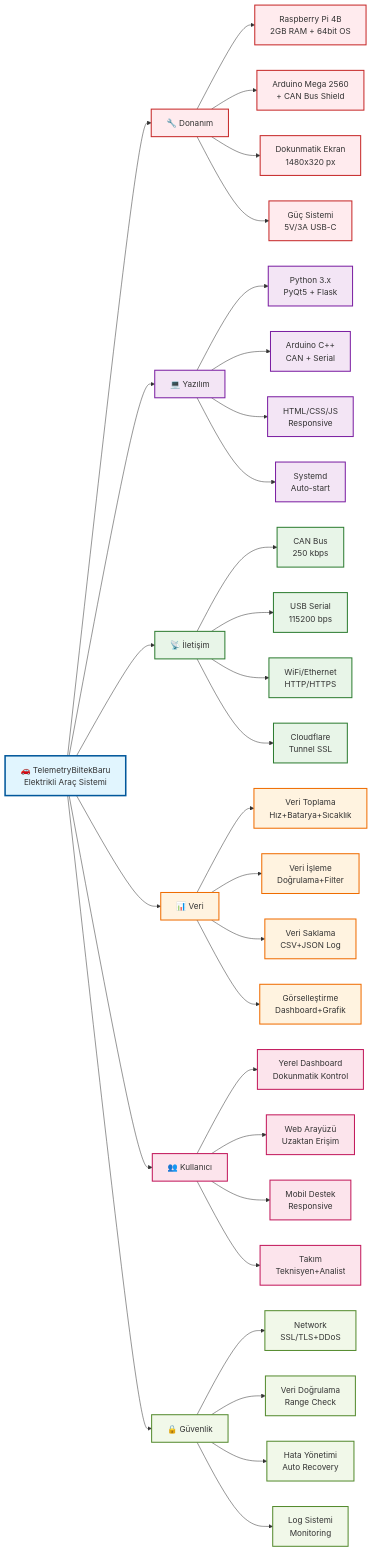
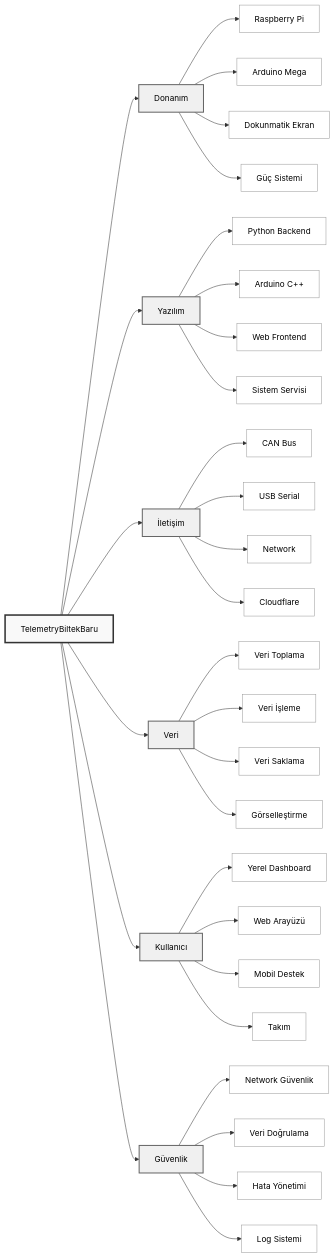
One commit to efekannn5/TelemetryBiltekBaru changed the second of 2 diagrams in README.md. Above: the diagram before and after it, drawn with Mermaid.

````diff
--- a/README.md
+++ b/README.md
@@ -101,57 +101,49 @@
 ```mermaid
 graph LR
-    TELEM[🚗 TelemetryBiltekBaru<br/>Elektrikli Araç Sistemi]
+    TELEM[TelemetryBiltekBaru]
     
-    TELEM --> HARD[🔧 Donanım]
-    TELEM --> SOFT[💻 Yazılım] 
-    TELEM --> COMM[📡 İletişim]
-    TELEM --> DATA[📊 Veri]
-    TELEM --> USER[👥 Kullanıcı]
-    TELEM --> SEC[🔒 Güvenlik]
+    TELEM --> HARD[Donanım]
+    TELEM --> SOFT[Yazılım] 
+    TELEM --> COMM[İletişim]
+    TELEM --> DATA[Veri]
+    TELEM --> USER[Kullanıcı]
+    TELEM --> SEC[Güvenlik]
     
-    HARD --> RPI[Raspberry Pi 4B<br/>2GB RAM + 64bit OS]
-    HARD --> ARD[Arduino Mega 2560<br/>+ CAN Bus Shield]
-    HARD --> SCR[Dokunmatik Ekran<br/>1480x320 px]
-    HARD --> PWR[Güç Sistemi<br/>5V/3A USB-C]
+    HARD --> RPI[Raspberry Pi]
+    HARD --> ARD[Arduino Mega]
+    HARD --> SCR[Dokunmatik Ekran]
+    HARD --> PWR[Güç Sistemi]
     
-    SOFT --> PY[Python 3.x<br/>PyQt5 + Flask]
-    SOFT --> CPP[Arduino C++<br/>CAN + Serial]
-    SOFT --> WEB[HTML/CSS/JS<br/>Responsive]
-    SOFT --> SYS[Systemd<br/>Auto-start]
+    SOFT --> PY[Python Backend]
+    SOFT --> CPP[Arduino C++]
+    SOFT --> WEB[Web Frontend]
+    SOFT --> SYS[Sistem Servisi]
     
-    COMM --> CAN[CAN Bus<br/>250 kbps]
-    COMM --> SER[USB Serial<br/>115200 bps]
-    COMM --> NET[WiFi/Ethernet<br/>HTTP/HTTPS]
-    COMM --> CF[Cloudflare<br/>Tunnel SSL]
+    COMM --> CAN[CAN Bus]
+    COMM --> SER[USB Serial]
+    COMM --> NET[Network]
+    COMM --> CF[Cloudflare]
     
-    DATA --> COL[Veri Toplama<br/>Hız+Batarya+Sıcaklık]
-    DATA --> PRO[Veri İşleme<br/>Doğrulama+Filter]
-    DATA --> STO[Veri Saklama<br/>CSV+JSON Log]
-    DATA --> VIS[Görselleştirme<br/>Dashboard+Grafik]
+    DATA --> COL[Veri Toplama]
+    DATA --> PRO[Veri İşleme]
+    DATA --> STO[Veri Saklama]
+    DATA --> VIS[Görselleştirme]
     
-    USER --> LOC[Yerel Dashboard<br/>Dokunmatik Kontrol]
-    USER --> REM[Web Arayüzü<br/>Uzaktan Erişim]
-    USER --> MOB[Mobil Destek<br/>Responsive]
-    USER --> TEAM[Takım<br/>Teknisyen+Analist]
+    USER --> LOC[Yerel Dashboard]
+    USER --> REM[Web Arayüzü]
+    USER --> MOB[Mobil Destek]
+    USER --> TEAM[Takım]
     
-    SEC --> SSL[Network<br/>SSL/TLS+DDoS]
-    SEC --> VAL[Veri Doğrulama<br/>Range Check]
-    SEC --> ERR[Hata Yönetimi<br/>Auto Recovery]
-    SEC --> LOG[Log Sistemi<br/>Monitoring]
+    SEC --> SSL[Network Güvenlik]
+    SEC --> VAL[Veri Doğrulama]
+    SEC --> ERR[Hata Yönetimi]
+    SEC --> LOG[Log Sistemi]
     
-    classDef center fill:#e1f5fe,stroke:#01579b,stroke-width:3px
-    classDef hardware fill:#ffebee,stroke:#c62828,stroke-width:2px
-    classDef software fill:#f3e5f5,stroke:#7b1fa2,stroke-width:2px
-    classDef communication fill:#e8f5e8,stroke:#2e7d32,stroke-width:2px
-    classDef data fill:#fff3e0,stroke:#ef6c00,stroke-width:2px
-    classDef user fill:#fce4ec,stroke:#c2185b,stroke-width:2px
-    classDef security fill:#f1f8e9,stroke:#558b2f,stroke-width:2px
+    classDef center fill:#f9f9f9,stroke:#333,stroke-width:3px,color:#000
+    classDef category fill:#f0f0f0,stroke:#666,stroke-width:2px,color:#000
+    classDef item fill:#ffffff,stroke:#999,stroke-width:1px,color:#000
     
     class TELEM center
-    class HARD,RPI,ARD,SCR,PWR hardware
-    class SOFT,PY,CPP,WEB,SYS software
-    class COMM,CAN,SER,NET,CF communication
-    class DATA,COL,PRO,STO,VIS data
-    class USER,LOC,REM,MOB,TEAM user
-    class SEC,SSL,VAL,ERR,LOG security
+    class HARD,SOFT,COMM,DATA,USER,SEC category
+    class RPI,ARD,SCR,PWR,PY,CPP,WEB,SYS,CAN,SER,NET,CF,COL,PRO,STO,VIS,LOC,REM,MOB,TEAM,SSL,VAL,ERR,LOG item
 ```
````
